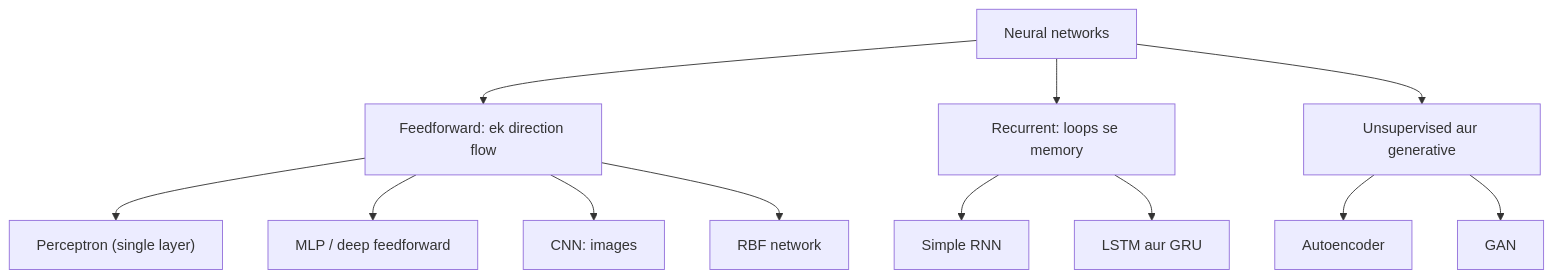
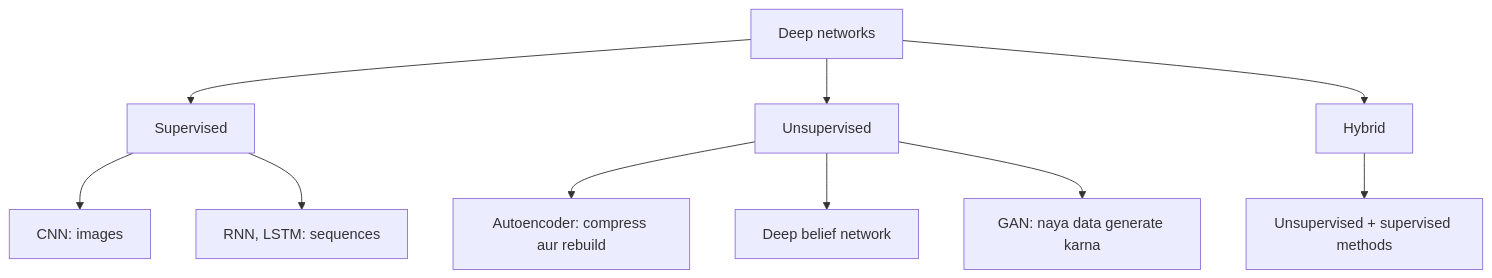
One commit to TrendySloth1001/sem-seven-notes changed the second of 3 diagrams in content/deep-learning/notes/neural-network-types.hi.mdx. Above: the diagram before and after it, drawn with Mermaid. The commit also changed other lines of this file and 168 other files, not shown here.

````diff
--- a/content/deep-learning/notes/neural-network-types.hi.mdx
+++ b/content/deep-learning/notes/neural-network-types.hi.mdx
@@ -68,15 +87,13 @@
 ```mermaid
-%% caption: Neural network ke main types ka map, jo is baat se grouped hain ki information unme kaise flow karti hai.
+%% caption: Deep network architectures, seekhne ke tareeke ke hisaab se grouped.
 flowchart TD
-  NN["Neural networks"] --> FF["Feedforward: ek direction flow"]
-  NN --> RC["Recurrent: loops se memory"]
-  NN --> GN["Unsupervised aur generative"]
-  FF --> P["Perceptron (single layer)"]
-  FF --> M["MLP / deep feedforward"]
-  FF --> C["CNN: images"]
-  FF --> R["RBF network"]
-  RC --> RN["Simple RNN"]
-  RC --> L["LSTM aur GRU"]
-  GN --> A["Autoencoder"]
-  GN --> G["GAN"]
+  A["Deep networks"] --> B["Supervised"]
+  A --> C["Unsupervised"]
+  A --> D["Hybrid"]
+  B --> B1["CNN: images"]
+  B --> B2["RNN, LSTM: sequences"]
+  C --> C1["Autoencoder: compress aur rebuild"]
+  C --> C2["Deep belief network"]
+  C --> C3["GAN: naya data generate karna"]
+  D --> D1["Unsupervised + supervised methods"]
 ```
````
